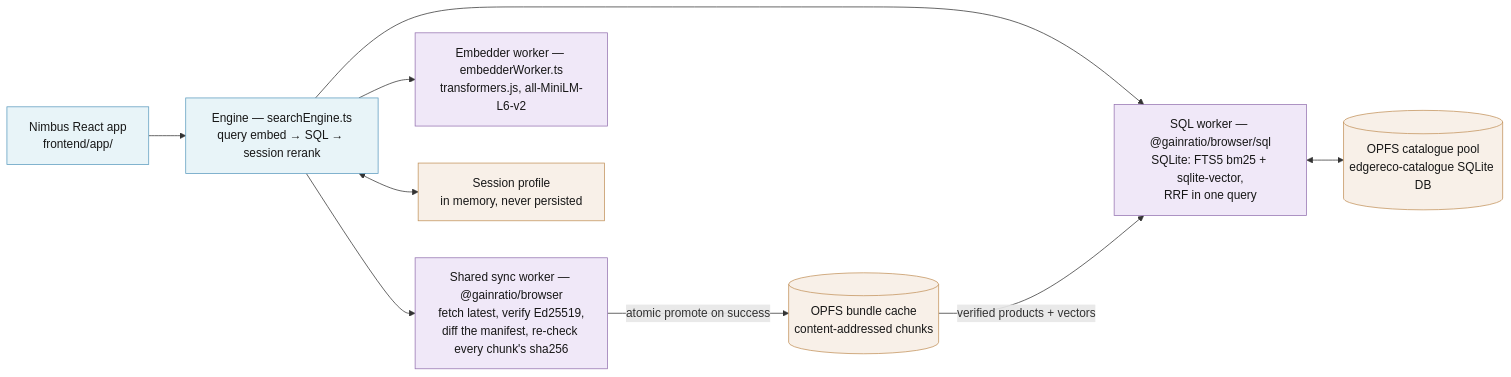
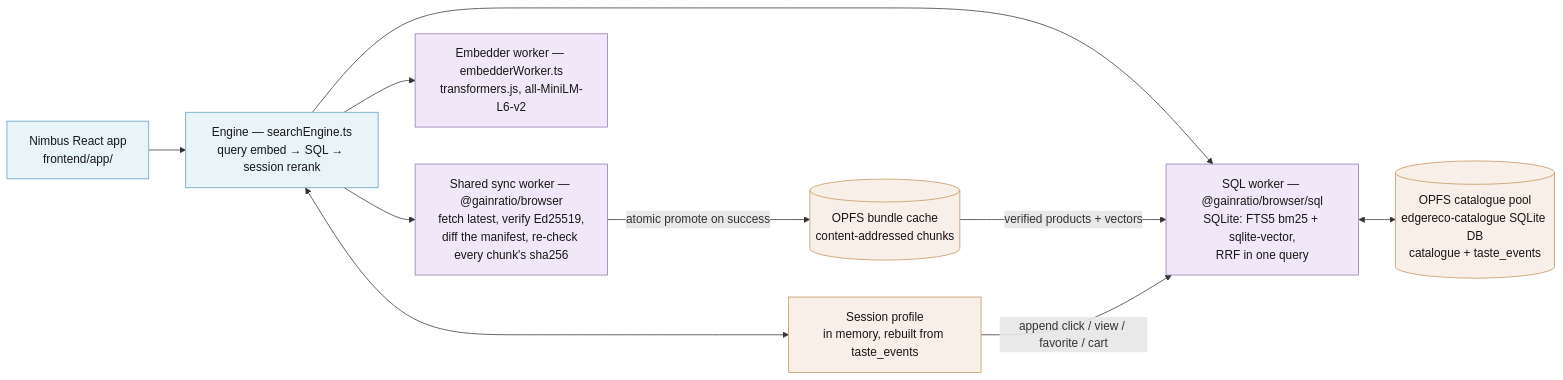
The third of 4 diagrams in docs/ARCHITECTURE.md (gainratio/edge-reco), drawn with Mermaid before and after one commit. The commit also changed other lines of this file and 110 other files, not shown here.

````diff
--- a/docs/ARCHITECTURE.md
+++ b/docs/ARCHITECTURE.md
@@ -191,27 +186,28 @@
 ```mermaid
 flowchart LR
   app["Nimbus React app<br>frontend/app/"]
   engine["Engine — searchEngine.ts<br>query embed → SQL → session rerank"]
   sync["Shared sync worker — @gainratio/browser<br>fetch latest, verify Ed25519,<br>diff the manifest, re-check every chunk's sha256"]
   embed["Embedder worker — embedderWorker.ts<br>transformers.js, all-MiniLM-L6-v2"]
   sqlw["SQL worker — @gainratio/browser/sql<br>SQLite: FTS5 bm25 + sqlite-vector,<br>RRF in one query"]
   opfs[("OPFS bundle cache<br>content-addressed chunks")]
-  catdb[("OPFS catalogue pool<br>edgereco-catalogue SQLite DB")]
-  profile["Session profile<br>in memory, never persisted"]
+  catdb[("OPFS catalogue pool<br>edgereco-catalogue SQLite DB<br>catalogue + taste_events")]
+  profile["Session profile<br>in memory, rebuilt from taste_events"]
 
   app --> engine
   engine --> sync
   engine --> embed
   engine --> sqlw
   sync -->|"atomic promote on success"| opfs
   opfs -->|"verified products + vectors"| sqlw
   sqlw <--> catdb
   engine <--> profile
+  profile -->|"append click / view / favorite / cart"| sqlw
 
   classDef ui fill:#e8f4f8,stroke:#5b9bbf,color:#171717;
   classDef work fill:#f0e8f8,stroke:#9472b0,color:#171717;
   classDef store fill:#f8f0e8,stroke:#c2925a,color:#171717;
   class app,engine ui;
   class sync,embed,sqlw work;
   class opfs,catdb,profile store;
 ```
````
